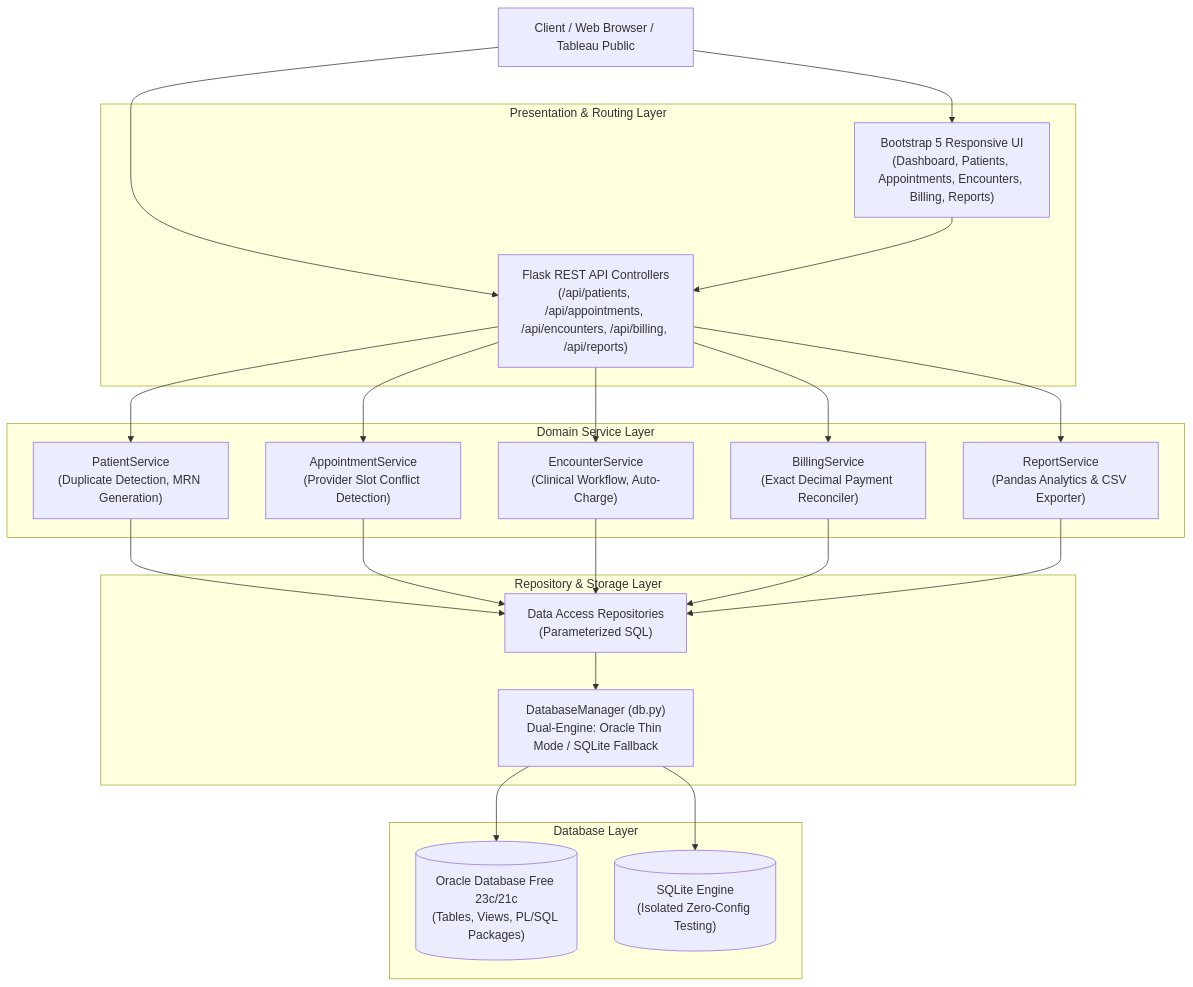
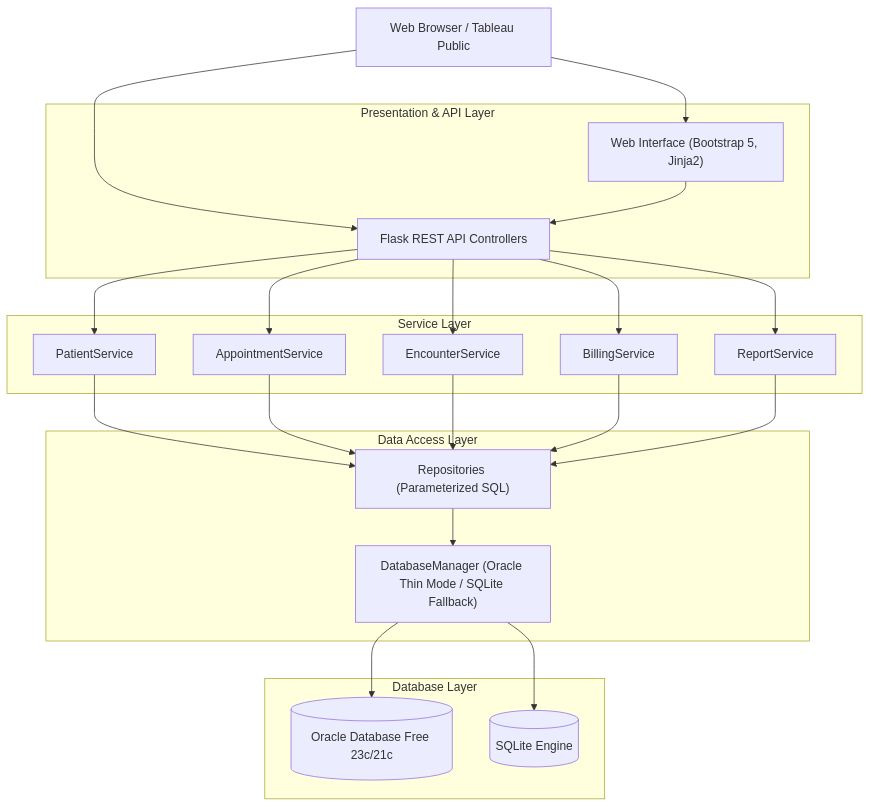
The diagram in README.md (harsharaju1314-hash/Healthcare-Data-Management-and-Analytics-System), drawn with Mermaid before and after one commit. The commit also changed other lines of this file, not shown here.

````diff
--- a/README.md
+++ b/README.md
@@ -17,44 +11,44 @@
 ```mermaid
 flowchart TD
-    Client["Client / Web Browser / Tableau Public"]
+    Client["Web Browser / Tableau Public"]
     
-    subgraph Presentation_Layer ["Presentation & Routing Layer"]
-        UI["Bootstrap 5 Responsive UI<br/>(Dashboard, Patients, Appointments, Encounters, Billing, Reports)"]
-        API["Flask REST API Controllers<br/>(/api/patients, /api/appointments, /api/encounters, /api/billing, /api/reports)"]
+    subgraph Presentation_Layer ["Presentation & API Layer"]
+        UI["Web Interface (Bootstrap 5, Jinja2)"]
+        API["Flask REST API Controllers"]
     end
 
-    subgraph Business_Layer ["Domain Service Layer"]
-        PatientSvc["PatientService<br/>(Duplicate Detection, MRN Generation)"]
-        ApptSvc["AppointmentService<br/>(Provider Slot Conflict Detection)"]
-        EncounterSvc["EncounterService<br/>(Clinical Workflow, Auto-Charge)"]
-        BillingSvc["BillingService<br/>(Exact Decimal Payment Reconciler)"]
-        ReportSvc["ReportService<br/>(Pandas Analytics & CSV Exporter)"]
+    subgraph Business_Layer ["Service Layer"]
+        PatientSvc["PatientService"]
+        ApptSvc["AppointmentService"]
+        EncounterSvc["EncounterService"]
+        BillingSvc["BillingService"]
+        ReportSvc["ReportService"]
     end
 
-    subgraph Data_Access_Layer ["Repository & Storage Layer"]
-        Repo["Data Access Repositories<br/>(Parameterized SQL)"]
-        DBMgr["DatabaseManager (db.py)<br/>Dual-Engine: Oracle Thin Mode / SQLite Fallback"]
+    subgraph Data_Access_Layer ["Data Access Layer"]
+        Repo["Repositories (Parameterized SQL)"]
+        DBMgr["DatabaseManager (Oracle Thin Mode / SQLite Fallback)"]
     end
 
     subgraph Storage_Layer ["Database Layer"]
-        OracleDB[("Oracle Database Free 23c/21c<br/>(Tables, Views, PL/SQL Packages)")]
-        SQLiteDB[("SQLite Engine<br/>(Isolated Zero-Config Testing)")]
+        OracleDB[("Oracle Database Free 23c/21c")]
+        SQLiteDB[("SQLite Engine")]
     end
 
     Client --> UI
     Client --> API
     UI --> API
     API --> PatientSvc
     API --> ApptSvc
     API --> EncounterSvc
     API --> BillingSvc
     API --> ReportSvc
     PatientSvc --> Repo
     ApptSvc --> Repo
     EncounterSvc --> Repo
     BillingSvc --> Repo
     ReportSvc --> Repo
     Repo --> DBMgr
     DBMgr --> OracleDB
     DBMgr --> SQLiteDB
 ```
````
